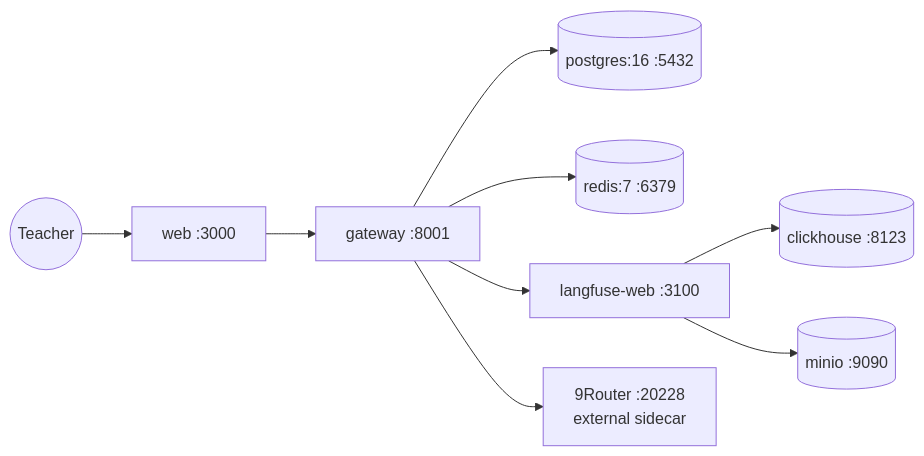
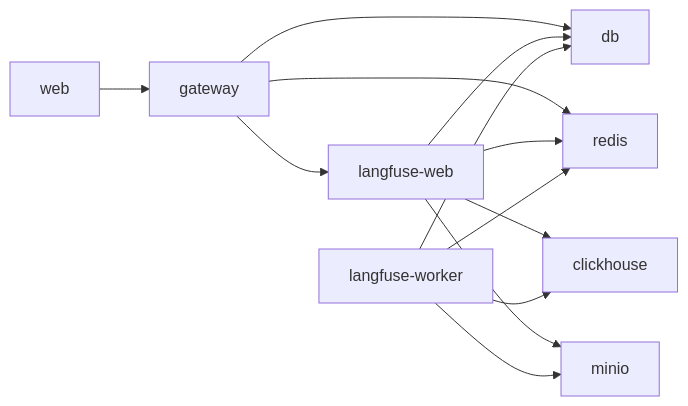
The diagram in docs/anatomy/deployment.md (maemreyo/oh-my-class), drawn with Mermaid before and after one commit. The commit also changed other lines of this file and 8 other files, not shown here.

````diff
--- a/docs/anatomy/deployment.md
+++ b/docs/anatomy/deployment.md
@@ -3,11 +158,15 @@
 ```mermaid
 graph LR
-    teacher((Teacher)) --> web[web :3000]
-    web --> gateway[gateway :8001]
-    gateway --> db[(postgres:16 :5432)]
-    gateway --> redis[(redis:7 :6379)]
-    gateway --> langfuse[langfuse-web :3100]
-    langfuse --> clickhouse[(clickhouse :8123)]
-    langfuse --> minio[(minio :9090)]
-    gateway --> router[9Router :20228<br/>external sidecar]
+    web --> gateway
+    gateway --> db
+    gateway --> redis
+    gateway --> langfuse-web
+    langfuse-web --> db
+    langfuse-web --> clickhouse
+    langfuse-web --> redis
+    langfuse-web --> minio
+    langfuse-worker --> db
+    langfuse-worker --> clickhouse
+    langfuse-worker --> redis
+    langfuse-worker --> minio
 ```
````
